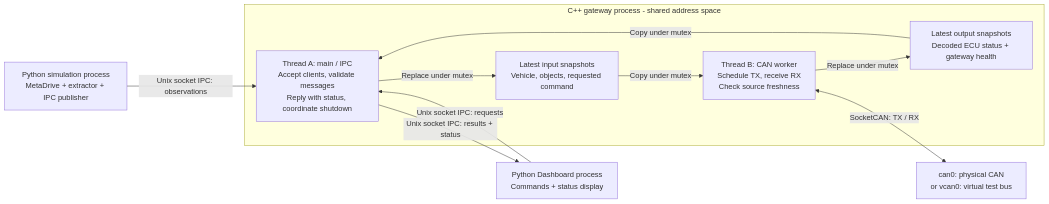
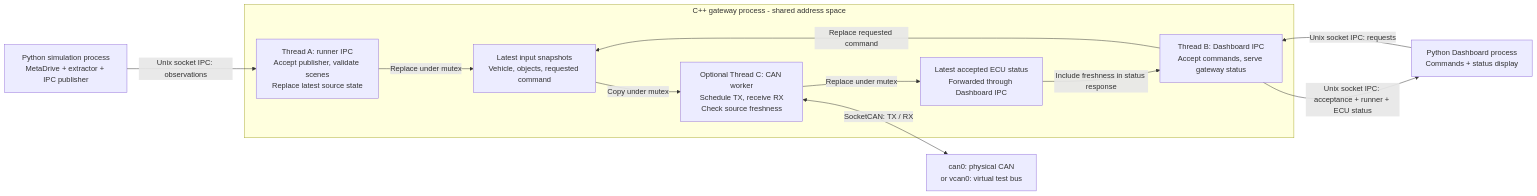
One commit to namtruonghoang1909/Adaptive-Frontlighting-System changed the diagram in docs/architecture/data-flow.md. Above: the diagram before and after it, drawn with Mermaid. The commit also changed other lines of this file and 4 other files, not shown here.

Commit message:
docs(architecture): update CAN system data flow

````diff
--- a/docs/architecture/data-flow.md
+++ b/docs/architecture/data-flow.md
@@ -7,22 +7,24 @@
 ```mermaid
 flowchart LR
     SIM["Python simulation process<br/>MetaDrive + extractor + IPC publisher"]
     DASH["Python Dashboard process<br/>Commands + status display"]
 
     subgraph CPP["C++ gateway process - shared address space"]
-        IPC["Thread A: main / IPC<br/>Accept clients, validate messages<br/>Reply with status, coordinate shutdown"]
+        RUNNER_IPC["Thread A: runner IPC<br/>Accept publisher, validate scenes<br/>Replace latest source state"]
+        DASHBOARD_IPC["Thread B: Dashboard IPC<br/>Accept commands, serve gateway status"]
         INPUT["Latest input snapshots<br/>Vehicle, objects, requested command"]
-        STATUS["Latest output snapshots<br/>Decoded ECU status + gateway health"]
-        CAN["Thread B: CAN worker<br/>Schedule TX, receive RX<br/>Check source freshness"]
+        STATUS["Latest accepted ECU status<br/>Forwarded through Dashboard IPC"]
+        CAN["Optional Thread C: CAN worker<br/>Schedule TX, receive RX<br/>Check source freshness"]
 
-        IPC -->|"Replace under mutex"| INPUT
+        RUNNER_IPC -->|"Replace under mutex"| INPUT
+        DASHBOARD_IPC -->|"Replace requested command"| INPUT
         INPUT -->|"Copy under mutex"| CAN
         CAN -->|"Replace under mutex"| STATUS
-        STATUS -->|"Copy under mutex"| IPC
+        STATUS -->|"Include freshness in status response"| DASHBOARD_IPC
     end
 
-    SIM -->|"Unix socket IPC: observations"| IPC
-    DASH -->|"Unix socket IPC: requests"| IPC
-    IPC -->|"Unix socket IPC: results + status"| DASH
+    SIM -->|"Unix socket IPC: observations"| RUNNER_IPC
+    DASH -->|"Unix socket IPC: requests"| DASHBOARD_IPC
+DASHBOARD_IPC -->|"Unix socket IPC: acceptance + runner + ECU status"| DASH
     CAN <-->|"SocketCAN: TX / RX"| BUS["can0: physical CAN<br/>or vcan0: virtual test bus"]
 ```
````
